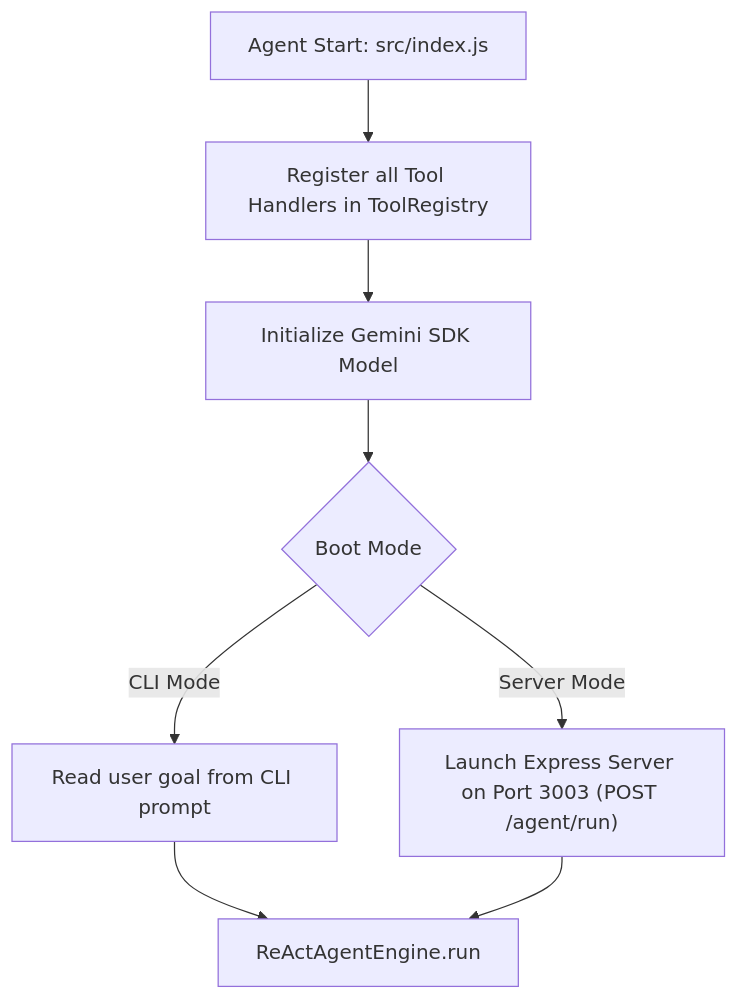
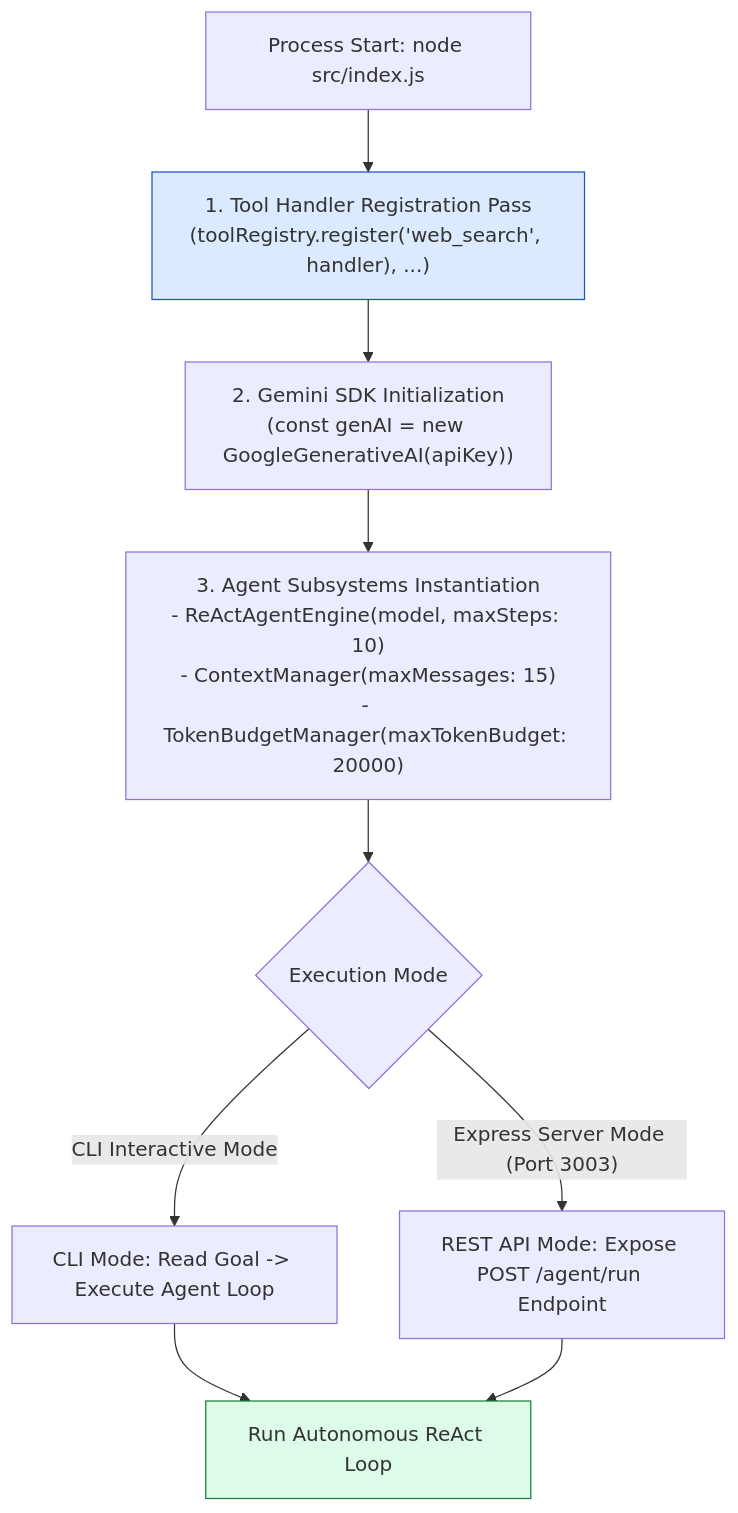
Before and after one commit to Amie-dev/engineering-playbook: the first of 3 diagrams in agentic-ai-notes/04-jugaad-agent/13-jugaad-agent-cli-server.md, drawn with Mermaid. The commit also changed other lines of this file and 13 other files, not shown here.

First line of the commit message:
Refactor Jugaad Agent Modules: Enhance MongoDB Thread Store, Implement Agent Safety Guardrails, Develop Mock Database Store, and Revamp CLI & Express API Server

````diff
--- a/agentic-ai-notes/04-jugaad-agent/13-jugaad-agent-cli-server.md
+++ b/agentic-ai-notes/04-jugaad-agent/13-jugaad-agent-cli-server.md
@@ -10,11 +13,20 @@
 ```mermaid
 flowchart TD
-    Start[Agent Start: src/index.js] --> RegTools[Register all Tool Handlers in ToolRegistry]
-    RegTools --> InitSDK[Initialize Gemini SDK Model]
-    InitSDK --> BootChoice{Boot Mode}
-    BootChoice -- CLI Mode --> PromptCLI[Read user goal from CLI prompt]
-    BootChoice -- Server Mode --> ExpressServer["Launch Express Server on Port 3003 (POST /agent/run)"]
+    BootTrigger[Process Start: node src/index.js] --> Step1["1. Tool Handler Registration Pass<br/>(toolRegistry.register('web_search', handler), ...)" ]
 
-    PromptCLI --> ReActLoop[ReActAgentEngine.run]
-    ExpressServer --> ReActLoop
+    Step1 --> Step2["2. Gemini SDK Initialization<br/>(const genAI = new GoogleGenerativeAI(apiKey))"]
+
+    Step2 --> Step3["3. Agent Subsystems Instantiation<br/>- ReActAgentEngine(model, maxSteps: 10)<br/>- ContextManager(maxMessages: 15)<br/>- TokenBudgetManager(maxTokenBudget: 20000)"]
+
+    Step3 --> InterfaceChoice{Execution Mode}
+
+    InterfaceChoice -- "CLI Interactive Mode" --> CLIMode["CLI Mode: Read Goal -> Execute Agent Loop"]
+
+    InterfaceChoice -- "Express Server Mode (Port 3003)" --> ServerMode["REST API Mode: Expose POST /agent/run Endpoint"]
+
+    CLIMode --> ReActEngine[Run Autonomous ReAct Loop]
+    ServerMode --> ReActEngine
+
+    style Step1 fill:#dbeafe,stroke:#1d4ed8
+    style ReActEngine fill:#dcfce7,stroke:#15803d
 ```
````
